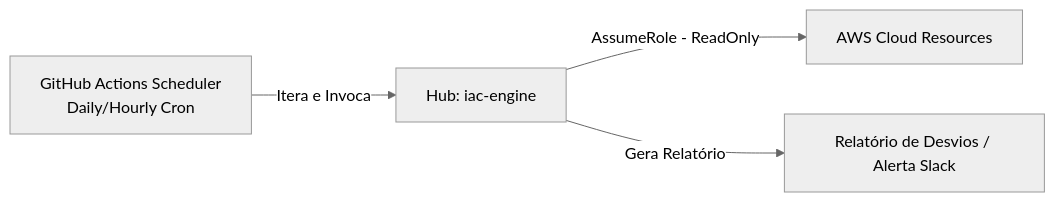
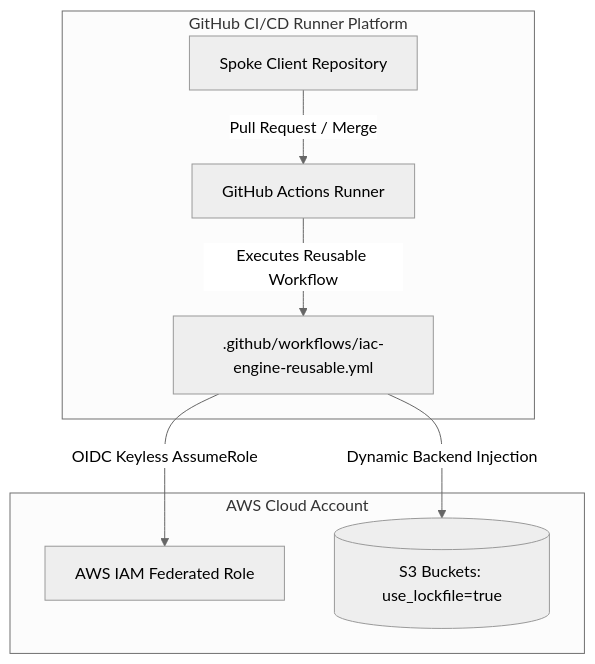
The first of 2 diagrams in README.md (govinda777/iac-engine), drawn with Mermaid (neutral theme) before and after one commit. The commit also changed other lines of this file and 1 other file, not shown here.

First line of the commit message:
feat: add reusable workflow and complete serverless iac hub readme

````diff
--- a/README.md
+++ b/README.md
@@ -355,6 +7,12 @@
 ```mermaid
-graph LR
-    Cron[GitHub Actions Scheduler <br> Daily/Hourly Cron] -->|Itera e Invoca| Hub[Hub: iac-engine]
-    Hub -->|AssumeRole - ReadOnly| AWS[AWS Cloud Resources]
-    Hub -->|Gera Relatório| DriftDoc[Relatório de Desvios / Alerta Slack]
+graph TD
+    subgraph GitHub_Hosted_Infrastructure [GitHub CI/CD Runner Platform]
+        Spoke[Spoke Client Repository] -->|Pull Request / Merge| GHA[GitHub Actions Runner]
+        GHA -->|Executes Reusable Workflow| Engine[.github/workflows/iac-engine-reusable.yml]
+    end
+
+    subgraph AWS_Zero_Infrastructure_Cloud [AWS Cloud Account]
+        Engine -->|OIDC Keyless AssumeRole| AWS_OIDC[AWS IAM Federated Role]
+        Engine -->|Dynamic Backend Injection| S3_States[(S3 Buckets: use_lockfile=true)]
+    end
 ```
````
